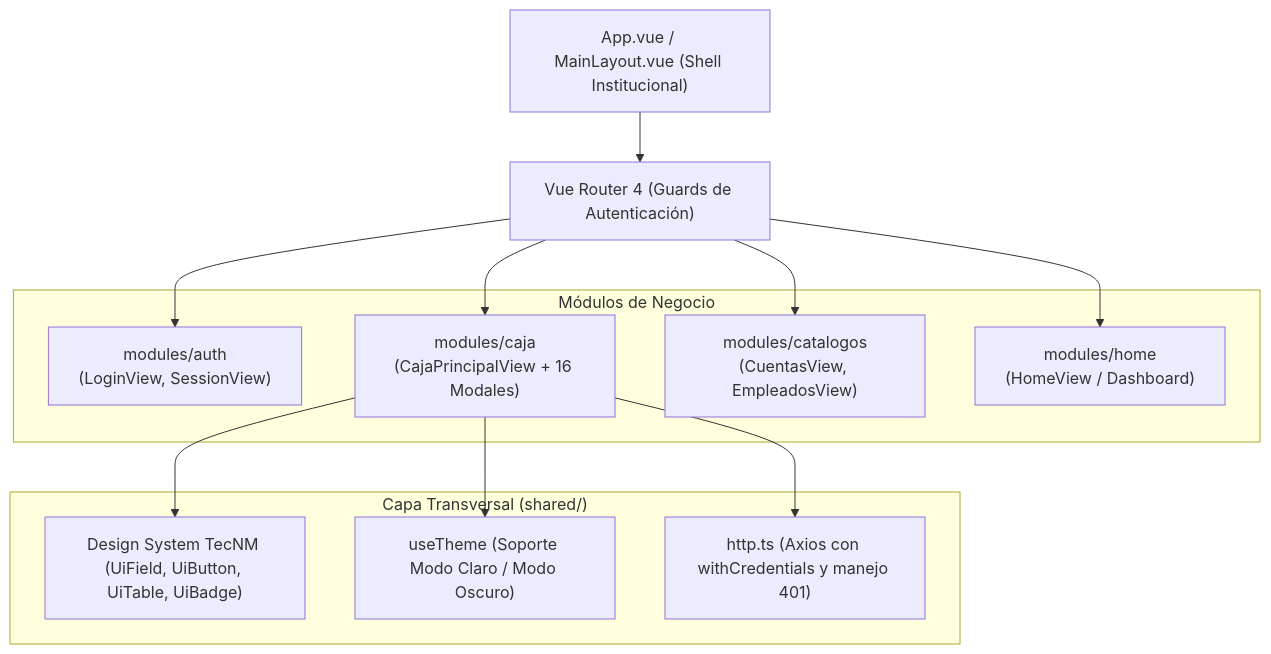
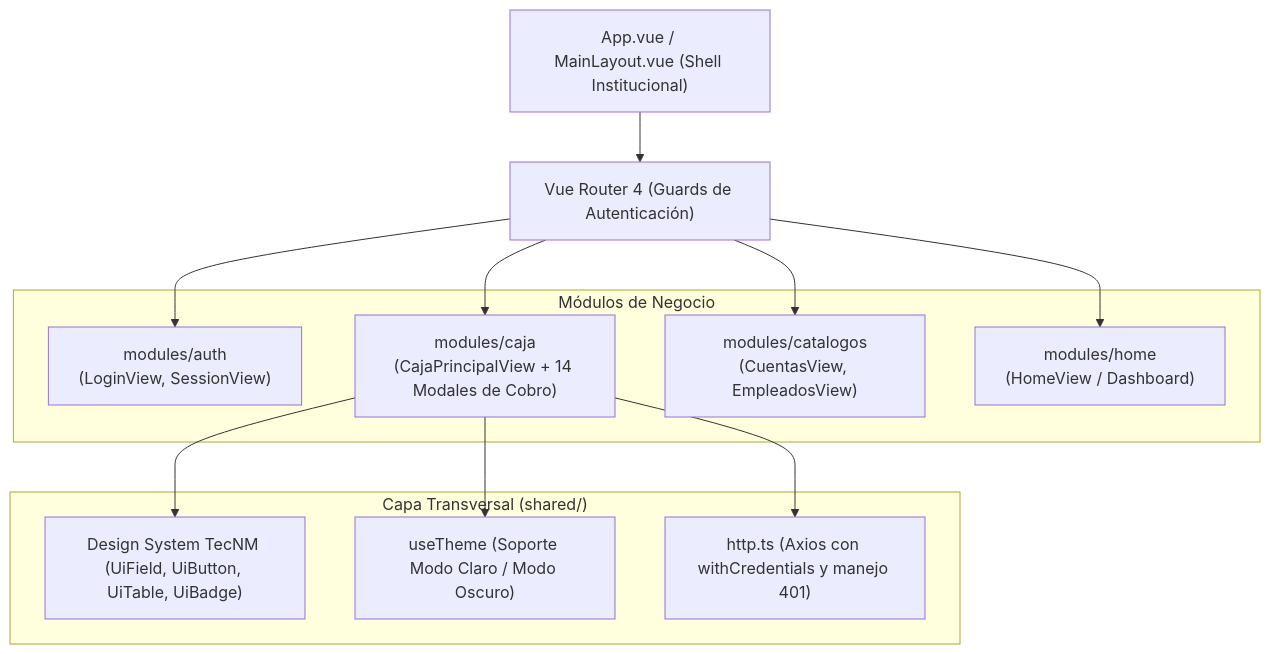
One commit to Estefaniavilla/TecNM_Incomes changed the third of 4 diagrams in README.md. Above: the diagram before and after it, drawn with Mermaid. The commit also changed other lines of this file, not shown here.

Commit message:
docs(readme): actualizar arbol estructural detallado, catalogo de modales y diagramas del proyecto

````diff
--- a/README.md
+++ b/README.md
@@ -237,28 +296,28 @@
 ```mermaid
 flowchart TD
     App["App.vue / MainLayout.vue (Shell Institucional)"]
     Router["Vue Router 4 (Guards de Autenticación)"]
 
     subgraph Modules ["Módulos de Negocio"]
         M_Auth["modules/auth\n(LoginView, SessionView)"]
-        M_Caja["modules/caja\n(CajaPrincipalView + 16 Modales)"]
+        M_Caja["modules/caja\n(CajaPrincipalView + 14 Modales de Cobro)"]
         M_Cat["modules/catalogos\n(CuentasView, EmpleadosView)"]
         M_Home["modules/home\n(HomeView / Dashboard)"]
     end
 
     subgraph Shared ["Capa Transversal (shared/)"]
         DesignSystem["Design System TecNM (UiField, UiButton, UiTable, UiBadge)"]
         Theme["useTheme (Soporte Modo Claro / Modo Oscuro)"]
         HTTPClient["http.ts (Axios con withCredentials y manejo 401)"]
     end
 
     App --> Router
     Router --> M_Auth
     Router --> M_Caja
     Router --> M_Cat
     Router --> M_Home
 
     M_Caja --> DesignSystem
     M_Caja --> Theme
     M_Caja --> HTTPClient
 ```
````
